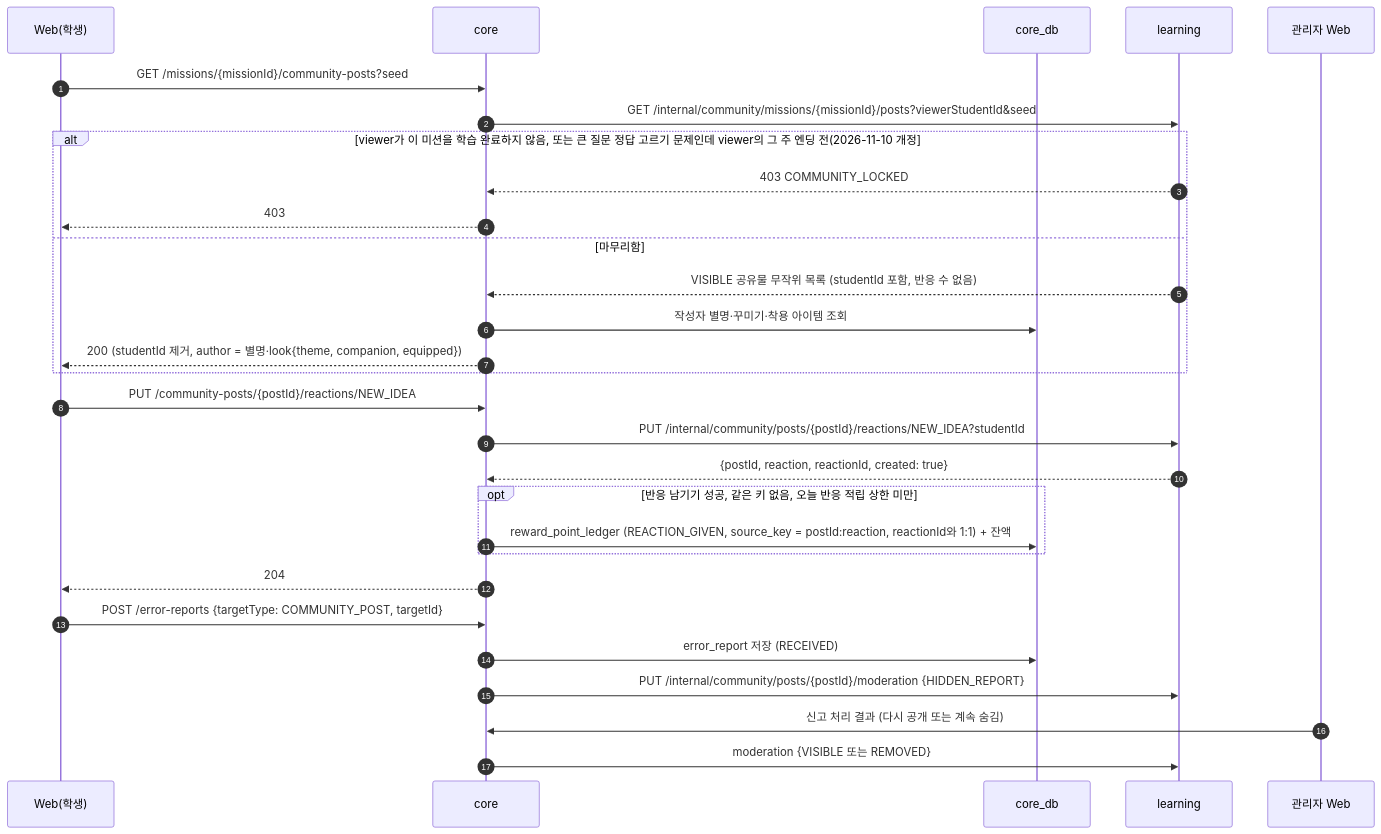
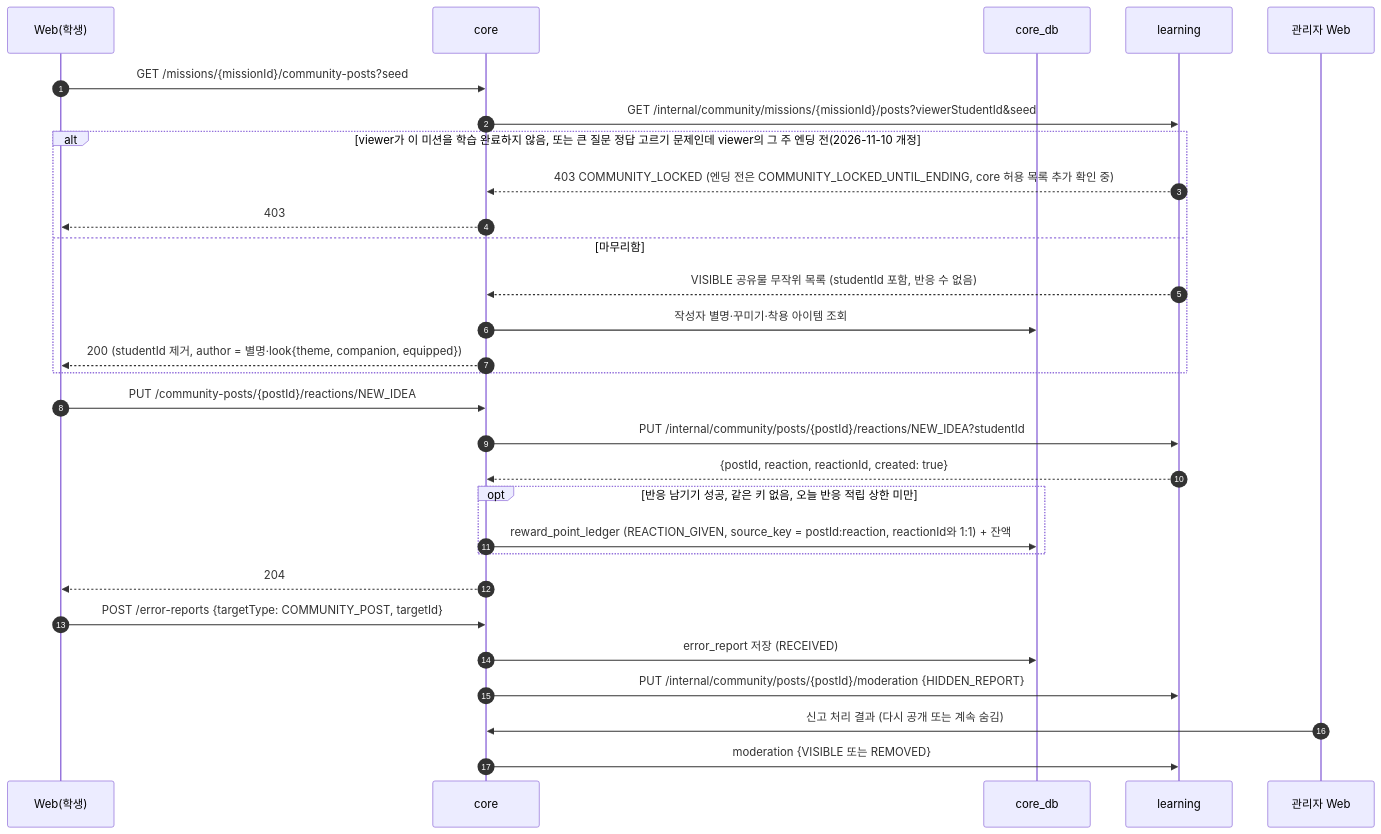
Before and after one commit to SKNETWORKS-FAMILY-AICAMP/SKN34-FINAL-3TEAM: diagram 21 of 38 in docs/design/sequence-diagram.md, drawn with Mermaid. The commit also changed other lines of this file and 9 other files, not shown here.

````diff
--- a/docs/design/sequence-diagram.md
+++ b/docs/design/sequence-diagram.md
@@ -814,32 +815,32 @@
 ```mermaid
 sequenceDiagram
   autonumber
   participant W as Web(학생)
   participant C as core
   participant CDB as core_db
   participant L as learning
   participant A as 관리자 Web
 
   W->>C: GET /missions/{missionId}/community-posts?seed
   C->>L: GET /internal/community/missions/{missionId}/posts?viewerStudentId&seed
   alt viewer가 이 미션을 학습 완료하지 않음, 또는 큰 질문 정답 고르기 문제인데 viewer의 그 주 엔딩 전(2026-11-10 개정 #483, learning #484)
-    L-->>C: 403 COMMUNITY_LOCKED
+    L-->>C: 403 COMMUNITY_LOCKED (엔딩 전은 COMMUNITY_LOCKED_UNTIL_ENDING, core 허용 목록 추가 확인 중)
     C-->>W: 403
   else 마무리함
     L-->>C: VISIBLE 공유물 무작위 목록 (studentId 포함, 반응 수 없음)
     C->>CDB: 작성자 별명·꾸미기·착용 아이템 조회
     C-->>W: 200 (studentId 제거, author = 별명·look{theme, companion, equipped})
   end
   W->>C: PUT /community-posts/{postId}/reactions/NEW_IDEA
   C->>L: PUT /internal/community/posts/{postId}/reactions/NEW_IDEA?studentId
   L-->>C: {postId, reaction, reactionId, created: true}
   opt 반응 남기기 성공, 같은 키 없음, 오늘 반응 적립 상한 미만
     C->>CDB: reward_point_ledger (REACTION_GIVEN, source_key = postId:reaction, reactionId와 1:1) + 잔액
   end
   C-->>W: 204
   W->>C: POST /error-reports {targetType: COMMUNITY_POST, targetId}
   C->>CDB: error_report 저장 (RECEIVED)
   C->>L: PUT /internal/community/posts/{postId}/moderation {HIDDEN_REPORT}
   A->>C: 신고 처리 결과 (다시 공개 또는 계속 숨김)
   C->>L: moderation {VISIBLE 또는 REMOVED}
 ```
````
